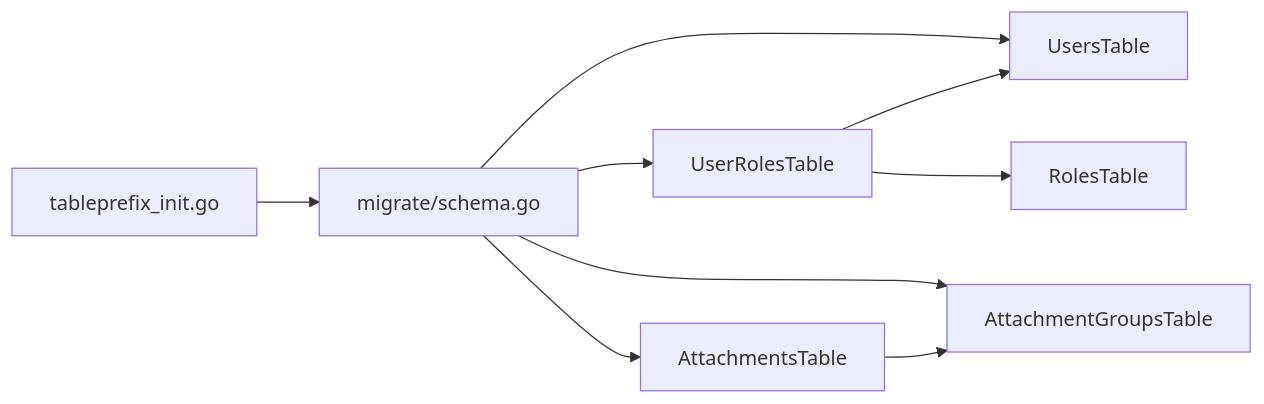
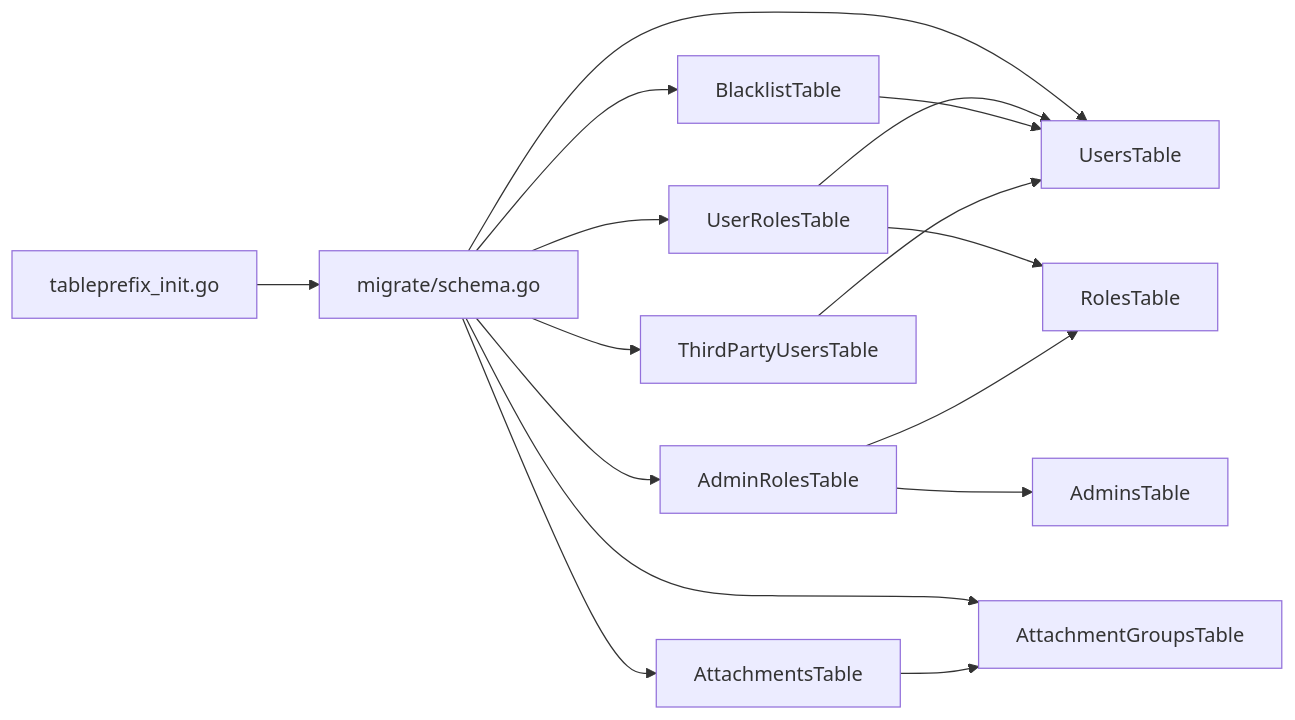
Before and after one commit to wuwuseo/e-sports-go-admin: diagram 18 of 18 in .qoder/repowiki/zh/content/数据库设计/数据库设计.md, drawn with Mermaid. The commit also changed other lines of this file and 42 other files, not shown here.

````diff
--- a/.qoder/repowiki/zh/content/数据库设计/数据库设计.md
+++ b/.qoder/repowiki/zh/content/数据库设计/数据库设计.md
@@ -510,11 +777,18 @@
 ```mermaid
 graph LR
 TPI["tableprefix_init.go"] --> MS["migrate/schema.go"]
 MS --> U["UsersTable"]
 MS --> UR["UserRolesTable"]
+MS --> AR["AdminRolesTable"]
 MS --> AG["AttachmentGroupsTable"]
 MS --> AT["AttachmentsTable"]
+MS --> B["BlacklistTable"]
+MS --> TP["ThirdPartyUsersTable"]
 UR --> U
 UR --> R["RolesTable"]
+AR --> A["AdminsTable"]
+AR --> R
 AT --> AG
+B --> U
+TP --> U
 ```
````
